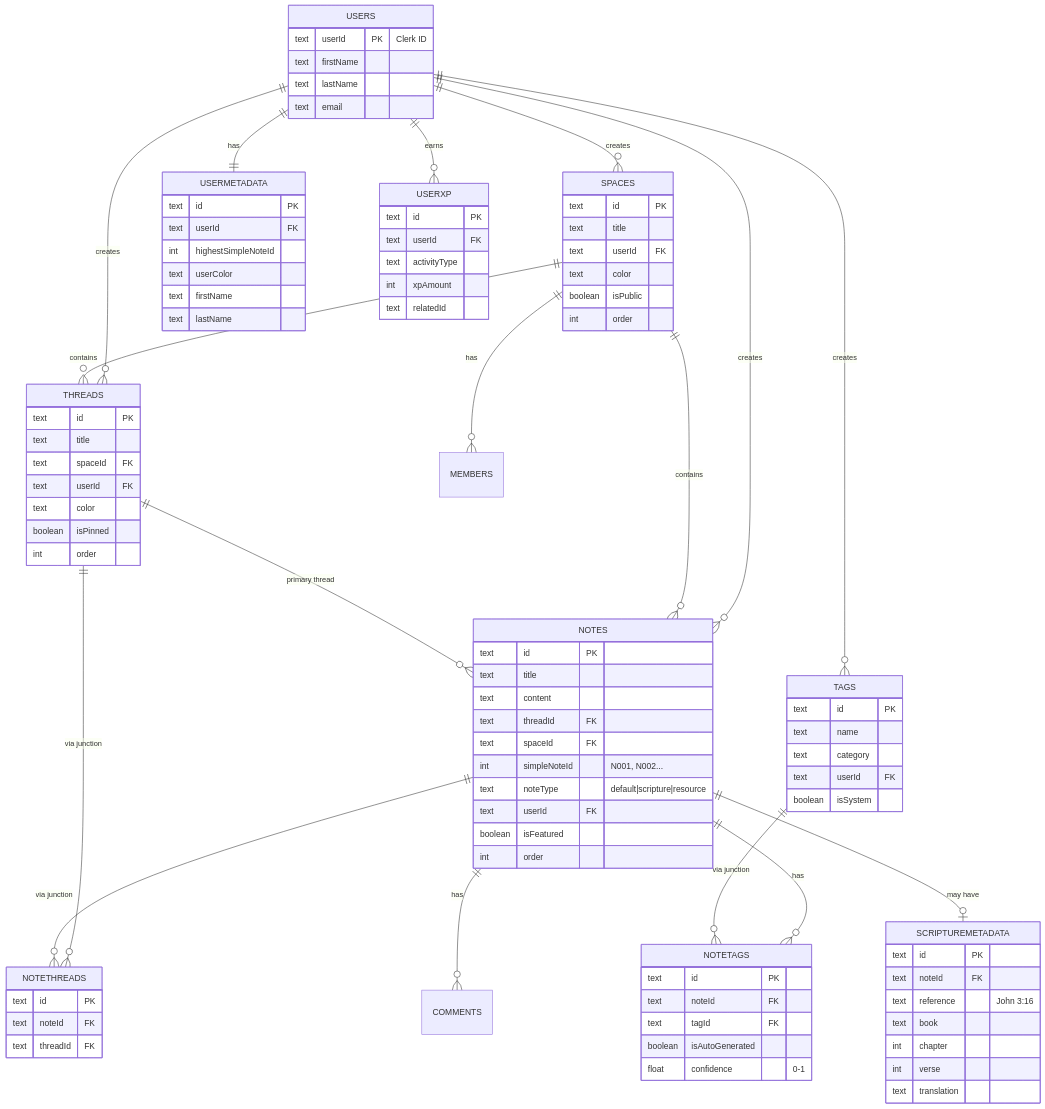
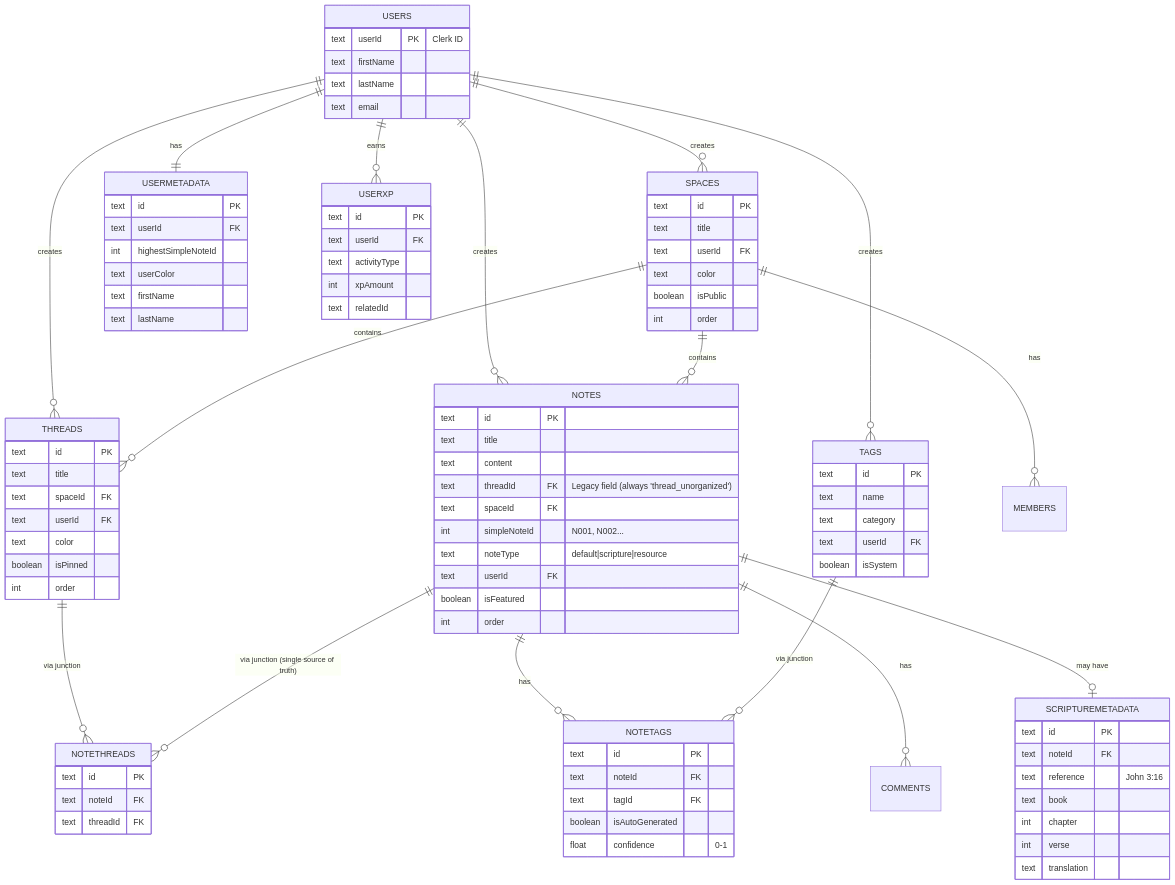
Before and after one commit to harvouscom/harvous: the third of 9 diagrams in README.md, drawn with Mermaid. The commit also changed other lines of this file and 15 other files, not shown here.

First line of the commit message:
refactor: update README.md and codebase for multi-thread support and unorganized notes handling

```diff
--- a/README.md
+++ b/README.md
@@ -172,10 +172,9 @@
     SPACES ||--o{ NOTES : contains
     SPACES ||--o{ MEMBERS : has
 
-    THREADS ||--o{ NOTES : "primary thread"
     THREADS ||--o{ NOTETHREADS : "via junction"
 
-    NOTES ||--o{ NOTETHREADS : "via junction"
+    NOTES ||--o{ NOTETHREADS : "via junction (single source of truth)"
     NOTES ||--o{ NOTETAGS : has
     NOTES ||--o{ COMMENTS : has
     NOTES ||--o| SCRIPTUREMETADATA : "may have"
@@ -221,7 +220,7 @@
         text id PK
         text title
         text content
-        text threadId FK
+        text threadId FK "Legacy field (always 'thread_unorganized')"
         text spaceId FK
         int simpleNoteId "N001, N002..."
         text noteType "default|scripture|resource"
```
